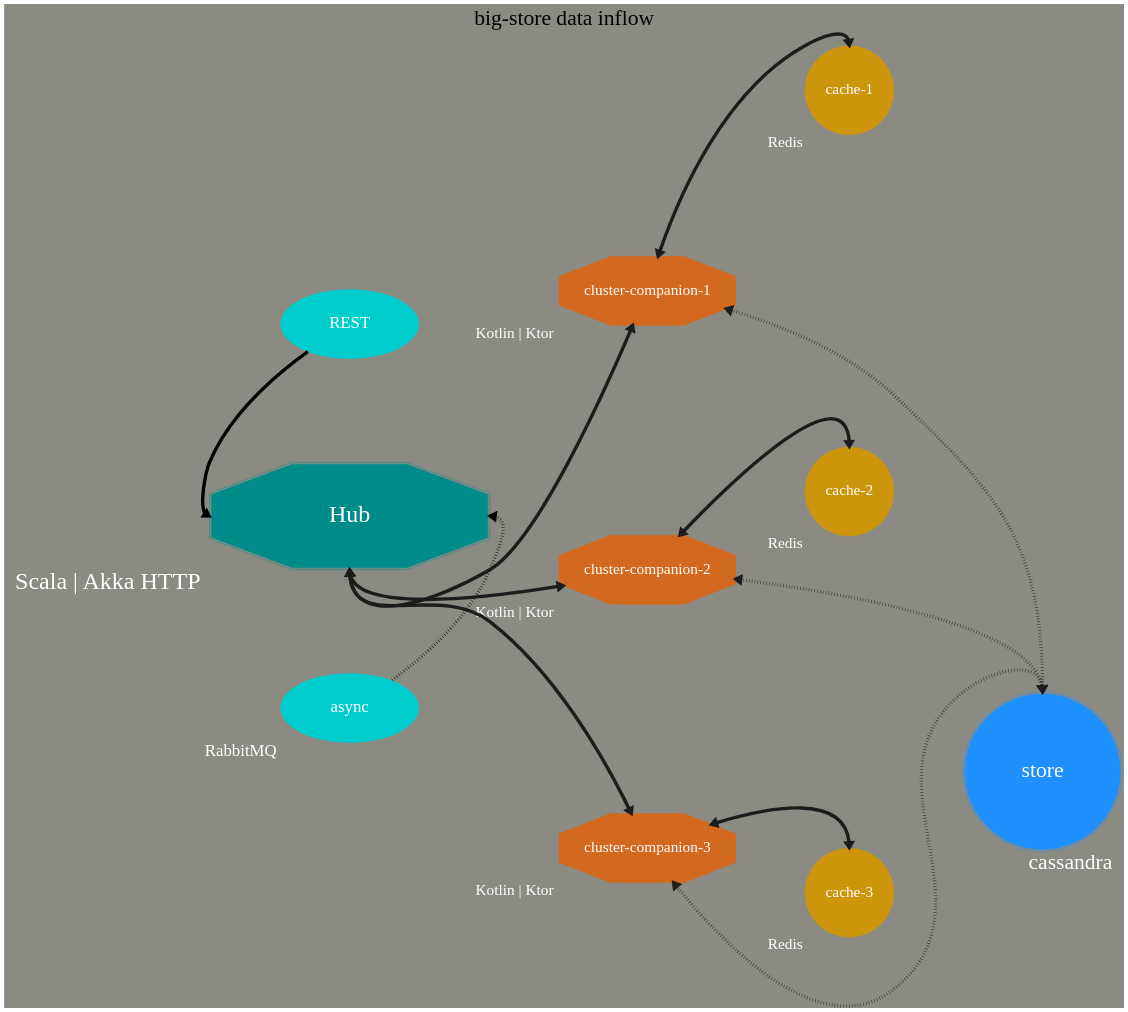
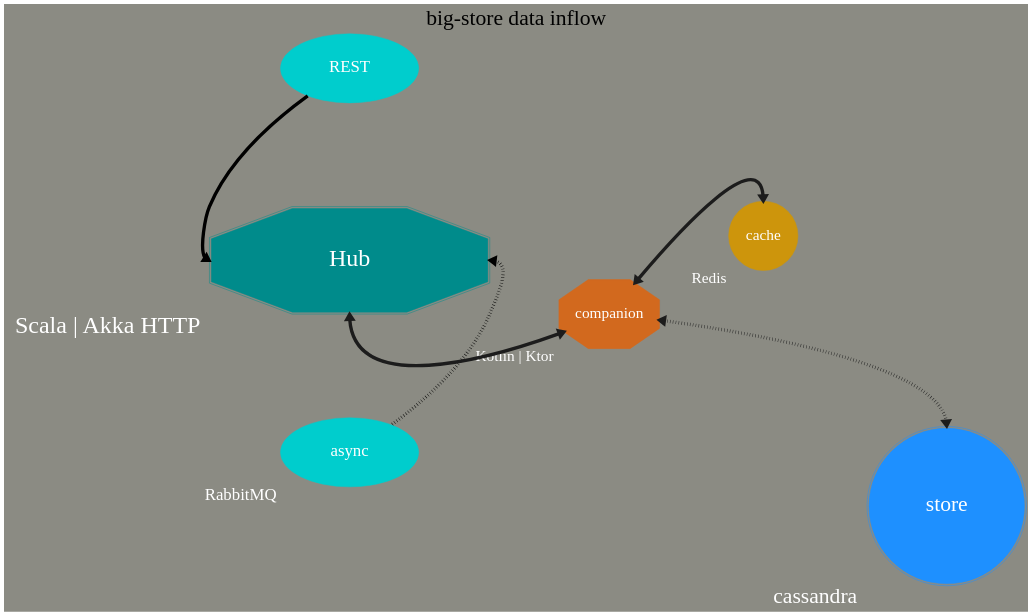
The diagram in docs/schema/big-store-data-inflow.gv (jakubriegel/big-store-wti), drawn with Graphviz before and after one commit. The commit also changed 2 other files, not shown here.

```diff
--- a/docs/schema/big-store-data-inflow.gv
+++ b/docs/schema/big-store-data-inflow.gv
@@ -1,77 +1,65 @@
 digraph bigstore {
     
     label="big-store data inflow"
     labelloc=t
     fontname="JetBrains Mono Medium"
 
     graph [fontsize=45 ranksep=2 bgcolor=ivory4]
     node [fontname="JetBrains Mono Medium" fontcolor=white]
     edge [dir=both penwidth=7] 
     nodesep=3
     rankdir=LR
 
     subgraph hub {
         node [style=filled] 
 
         {rank=source;
             "Hub" [xlabel="Scala | Akka HTTP" fontsize=50 shape=doubleoctagon color=cyan4 height=3 width=8]
             "REST" [fontsize=35 shape=oval color=cyan3 height=2 width=4]
             "async" [xlabel="RabbitMQ" fontsize=35 shape=oval color=cyan3 height=2 width=4]
         }
 
         "REST" -> "Hub" [dir=both headport=w] 
         "Hub" -> "async" [style=invis]
         "async" -> "Hub" [headport=e style=dotted]
         
     }
     
     subgraph companions {
         node [
                 xlabel="Kotlin | Ktor"
                 padding=5 fontsize=32 shape=octagon style=filled color=chocolate height=2 colorsheme=paired12
             ]
         edge [style=bold colorscheme="paired12"]
 
-        "cluster-companion-1"
-        "cluster-companion-2"
-        "cluster-companion-3"
+        "companion"
     }
 
     subgraph caches {
         node [
                 xlabel="Redis"
                 padding=5 fontsize=32 shape=circle style=filled color=darkgoldenrod3 colorsheme=paired12
             ]
         edge [style=bold colorscheme="paired12"]
 
-        "cache-1"
-        "cache-2"
-        "cache-3"
+        "cache"
     }
 
     subgraph store {
         node [fontsize=45 shape=doublecircle width=4.5 style=filled color=dodgerblue1]
-
-        { rank=sink; 
-            "store" [xlabel="cassandra"]
-        }
+        rank=sink; 
+        
+        "store" [xlabel="cassandra"]
     }
 
     subgraph companions_connections {
-        "cluster-companion-1" -> "store" [headport=n color=grey11 style=dotted]
-        "cluster-companion-2" -> "store" [headport=n color=grey11 style=dotted]
-        "cluster-companion-3" -> "store" [headport=n color=grey11 style=dotted]
-        
-        "cluster-companion-1" -> "cache-1" [headport=n color=grey11]
-        "cluster-companion-2" -> "cache-2" [headport=n color=grey11]
-        "cluster-companion-3" -> "cache-3" [headport=n color=grey11]
+        "companion" -> "store" [headport=n color=grey11 style=dotted]
+        "companion" -> "cache" [headport=n color=grey11]
     }
 
 
     subgraph Hub_service_connections {
-        "cluster-companion-1" -> "Hub" [headport=s color=grey11]
-        "cluster-companion-2" -> "Hub" [headport=s color=grey11]
-        "cluster-companion-3" -> "Hub" [headport=s color=grey11]
+        "companion" -> "Hub" [headport=s color=grey11]
     }
 
 }
```
